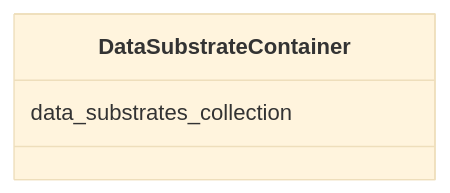
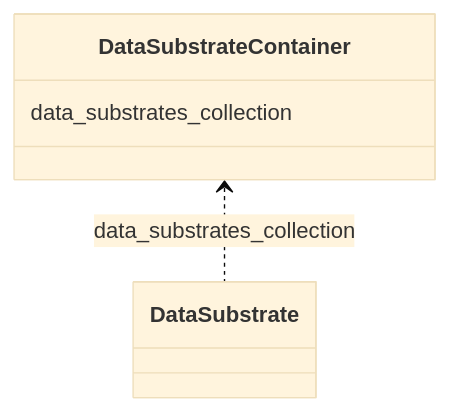
The diagram in docs/DataSubstrateContainer.md (bridge2ai/standards-schemas), drawn with Mermaid (base theme) before and after one commit. The commit also changed other lines of this file and 116 other files, not shown here.

````diff
--- a/docs/DataSubstrateContainer.md
+++ b/docs/DataSubstrateContainer.md
@@ -11,6 +11,7 @@
 ```mermaid
  classDiagram
     class DataSubstrateContainer
       DataSubstrateContainer : data_substrates_collection
+        DataSubstrateContainer <.. DataSubstrate : data_substrates_collection
       
 ```
````
